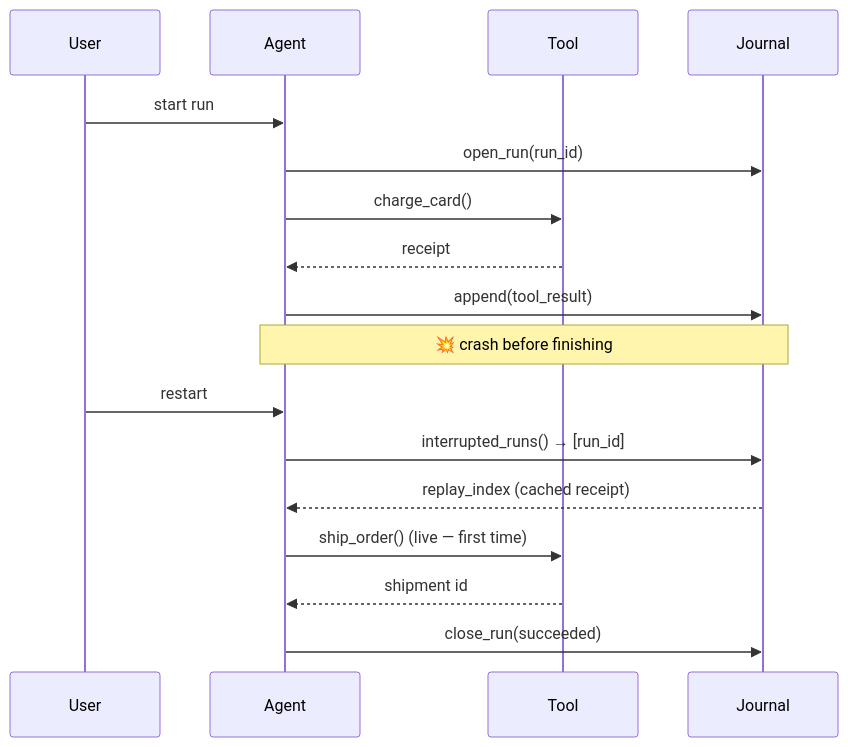
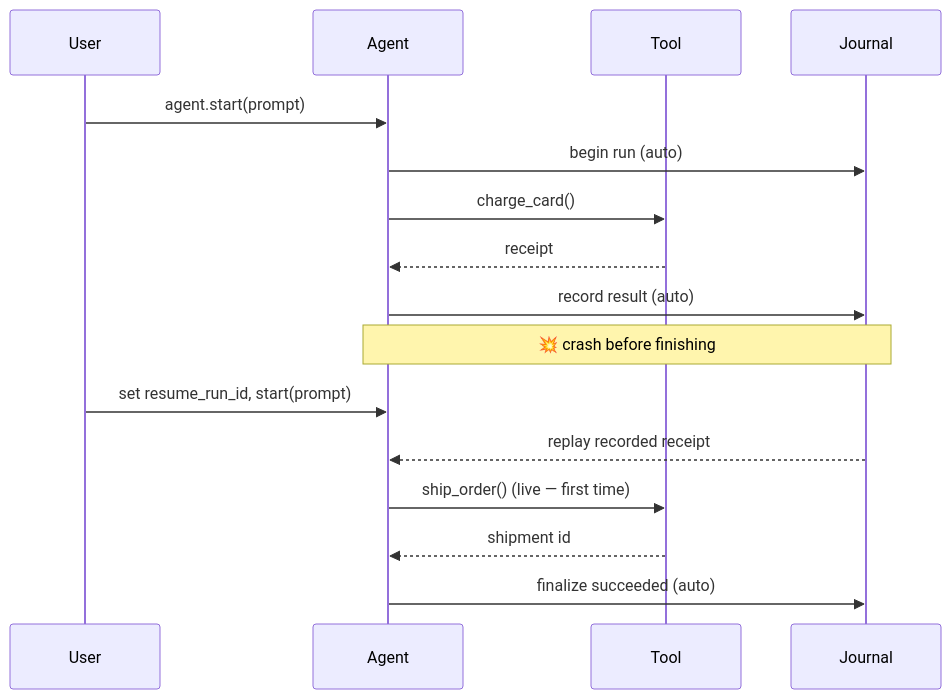
Before and after one commit to MervinPraison/PraisonAIDocs: the second of 2 diagrams in docs/features/durable-tool-runs.mdx, drawn with Mermaid. The commit also changed other lines of this file and 5 other files, not shown here.

Commit message:
docs: add pre-compaction memory flush page and rewrite durable-tool-runs for agent-centric API (fixes #2899)

````diff
--- a/docs/features/durable-tool-runs.mdx
+++ b/docs/features/durable-tool-runs.mdx
@@ -77,20 +85,19 @@
 ```mermaid
 sequenceDiagram
     participant User
     participant Agent
     participant Tool
     participant Journal
 
-    User->>Agent: start run
-    Agent->>Journal: open_run(run_id)
+    User->>Agent: agent.start(prompt)
+    Agent->>Journal: begin run (auto)
     Agent->>Tool: charge_card()
     Tool-->>Agent: receipt
-    Agent->>Journal: append(tool_result)
+    Agent->>Journal: record result (auto)
     Note over Agent,Journal: 💥 crash before finishing
-    User->>Agent: restart
-    Agent->>Journal: interrupted_runs() → [run_id]
-    Journal-->>Agent: replay_index (cached receipt)
+    User->>Agent: set resume_run_id, start(prompt)
+    Journal-->>Agent: replay recorded receipt
     Agent->>Tool: ship_order() (live — first time)
     Tool-->>Agent: shipment id
-    Agent->>Journal: close_run(succeeded)
+    Agent->>Journal: finalize succeeded (auto)
 ```
````
